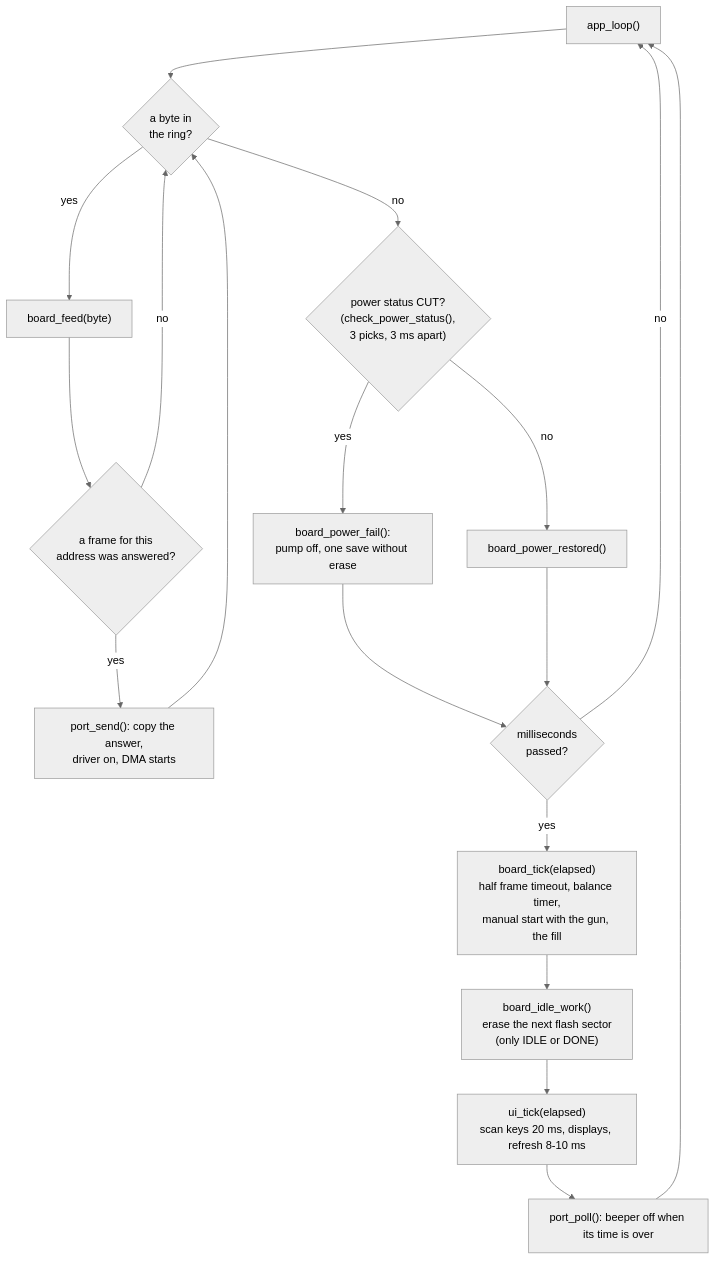
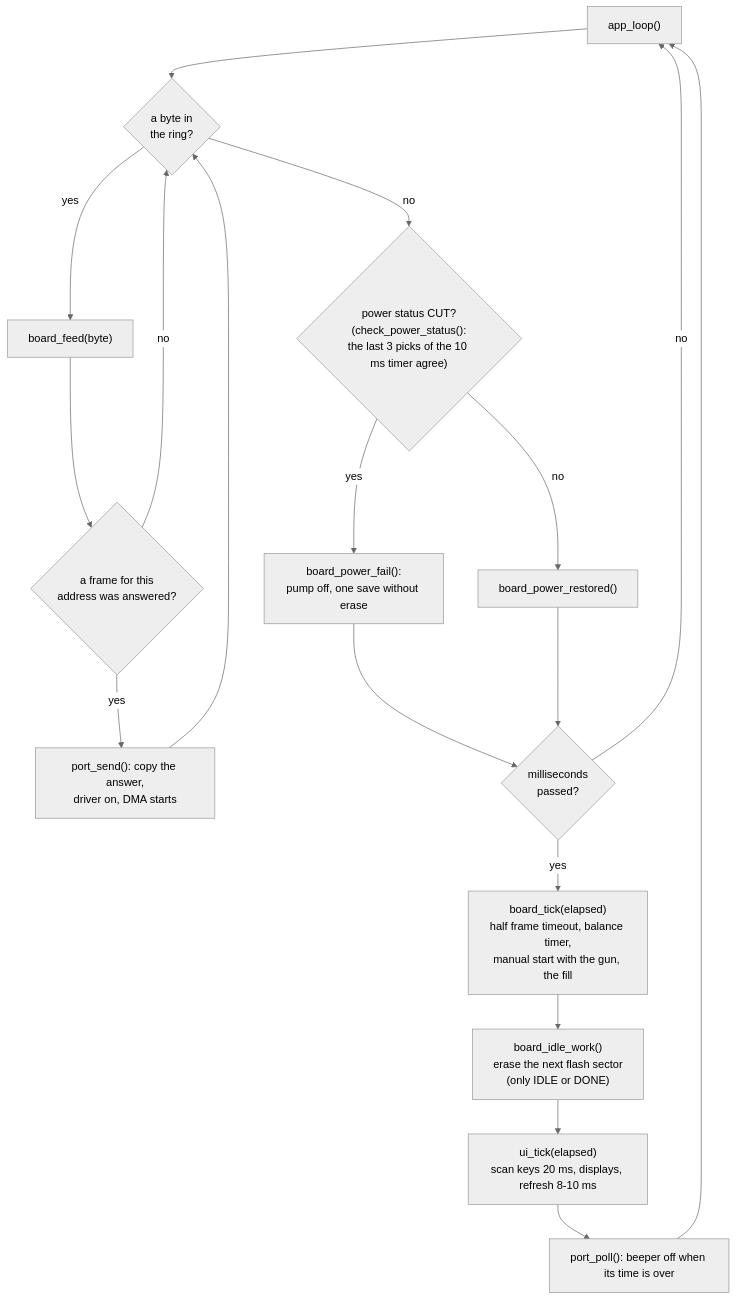
Before and after one commit to atosdev7/GasStaion: the third of 9 diagrams in firmware/WORKFLOW.md, drawn with Mermaid (neutral theme). The commit also changed other lines of this file and 9 other files, not shown here.

Commit message:
Firmware: a 10 ms timer picks the power and gun pins; check_power_status and check_gun_status only look at the buffer

````diff
--- a/firmware/WORKFLOW.md
+++ b/firmware/WORKFLOW.md
@@ -58,20 +58,20 @@
 ```mermaid
 flowchart TD
     A["app_loop()"] --> B{"a byte in<br/>the ring?"}
     B -- yes --> C["board_feed(byte)"]
     C --> D{"a frame for this<br/>address was answered?"}
     D -- yes --> E["port_send(): copy the answer,<br/>driver on, DMA starts"]
     D -- no --> B
     E --> B
-    B -- no --> F{"power status CUT?<br/>(check_power_status(),<br/>3 picks, 3 ms apart)"}
+    B -- no --> F{"power status CUT?<br/>(check_power_status():<br/>the last 3 picks of the 10 ms timer agree)"}
     F -- yes --> G["board_power_fail():<br/>pump off, one save without erase"]
     F -- no --> H["board_power_restored()"]
     G --> I{"milliseconds<br/>passed?"}
     H --> I
     I -- no --> A
     I -- yes --> J["board_tick(elapsed)<br/>half frame timeout, balance timer,<br/>manual start with the gun, the fill"]
     J --> K["board_idle_work()<br/>erase the next flash sector<br/>(only IDLE or DONE)"]
     K --> L["ui_tick(elapsed)<br/>scan keys 20 ms, displays, refresh 8-10 ms"]
     L --> M["port_poll(): beeper off when its time is over"]
     M --> A
 ```
````
